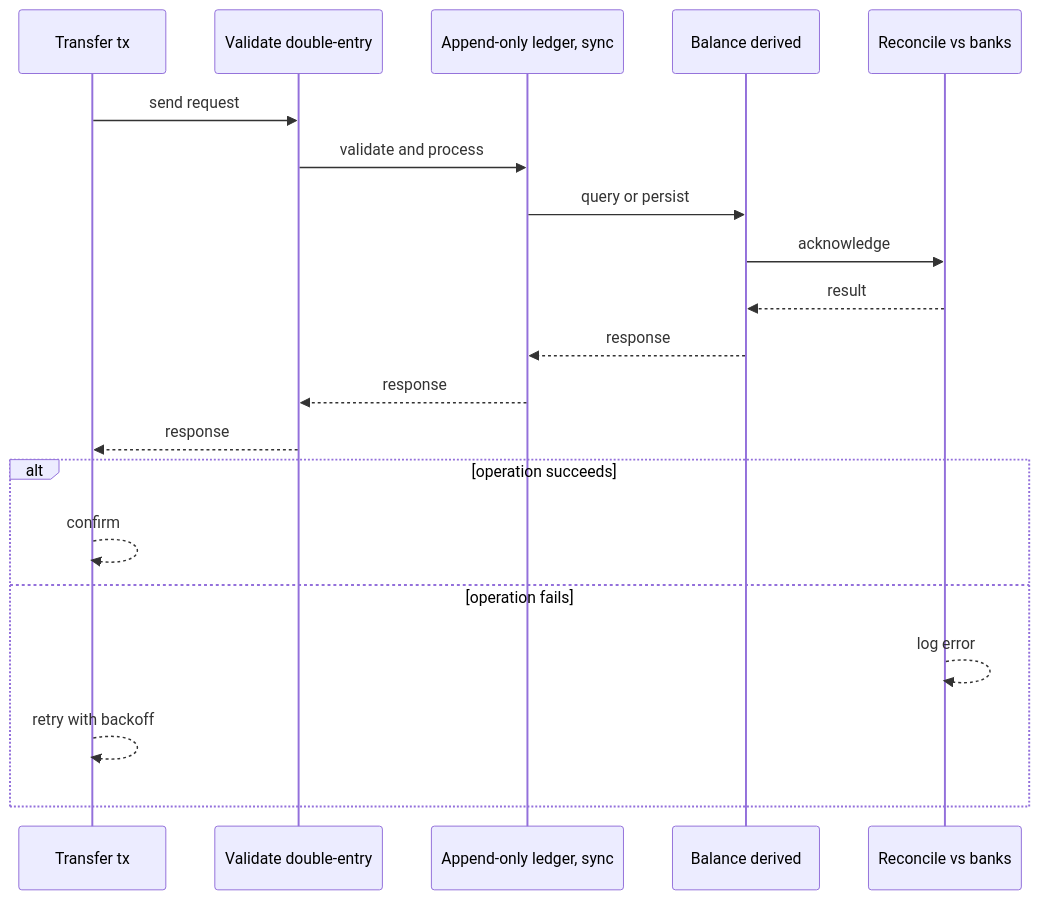
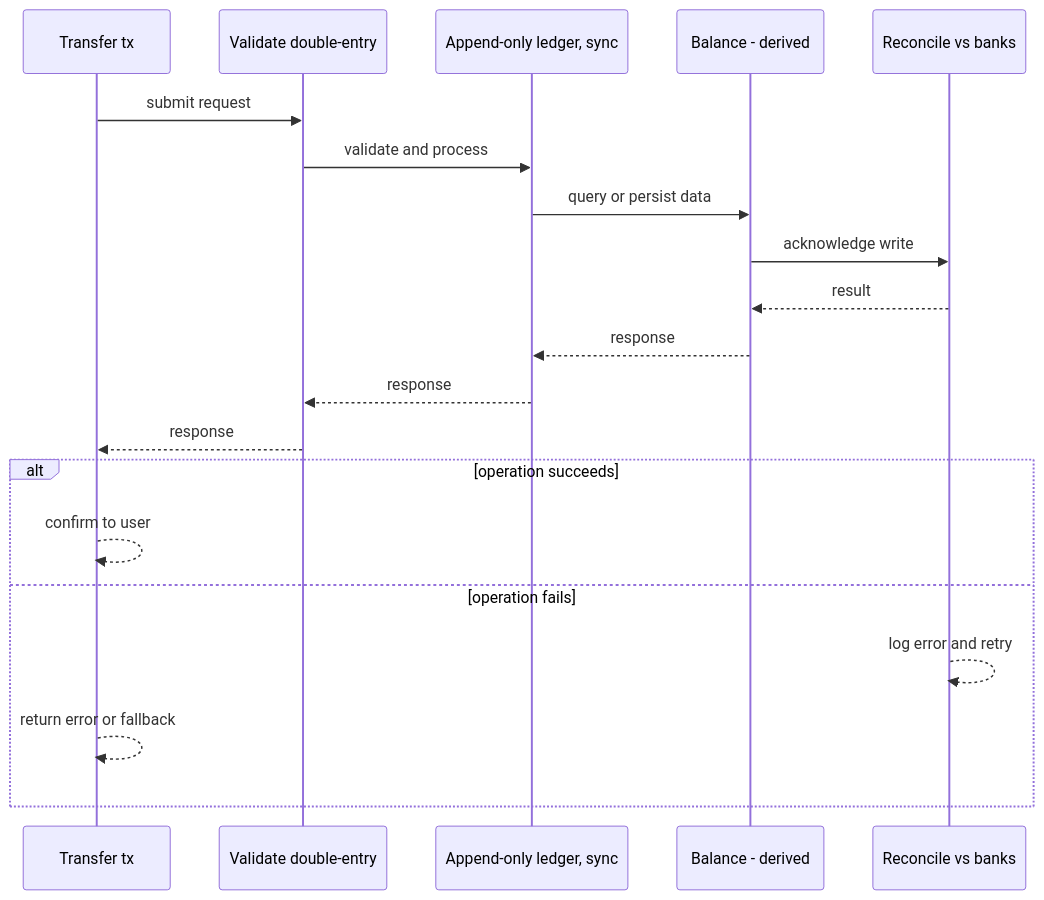
One commit to RIT-MESH/system-design-mastery changed the second of 4 diagrams in case-studies/extreme/banking-ledger.md. Above: the diagram before and after it, drawn with Mermaid. The commit also changed other lines of this file and 127 other files, not shown here.

First line of the commit message:
Improve all case study diagrams: case-specific sequences, fix truncated labels

````diff
--- a/case-studies/extreme/banking-ledger.md
+++ b/case-studies/extreme/banking-ledger.md
@@ -75,23 +75,23 @@
 ```mermaid
 %% created-for: system-design-mastery
 sequenceDiagram
-  participant C0 as Transfer tx
-  participant C1 as Validate double-entry
-  participant C2 as Append-only ledger, sync
-  participant C3 as Balance derived
-  participant C4 as Reconcile vs banks
-  C0 ->> C1: send request
-  C1 ->> C2: validate and process
-  C2 ->> C3: query or persist
-  C3 ->> C4: acknowledge
-  C4 -->> C3: result
-  C3 -->> C2: response
-  C2 -->> C1: response
-  C1 -->> C0: response
+  participant P0 as Transfer tx
+  participant P1 as Validate double-entry
+  participant P2 as Append-only ledger, sync
+  participant P3 as Balance - derived
+  participant P4 as Reconcile vs banks
+  P0 ->> P1: submit request
+  P1 ->> P2: validate and process
+  P2 ->> P3: query or persist data
+  P3 ->> P4: acknowledge write
+  P4 -->> P3: result
+  P3 -->> P2: response
+  P2 -->> P1: response
+  P1 -->> P0: response
   alt operation succeeds
-    C0 -->> C0: confirm
+    P0 -->> P0: confirm to user
   else operation fails
-    C4 -->> C4: log error
-    C0 -->> C0: retry with backoff
+    P4 -->> P4: log error and retry
+    P0 -->> P0: return error or fallback
   end
 ```
````
